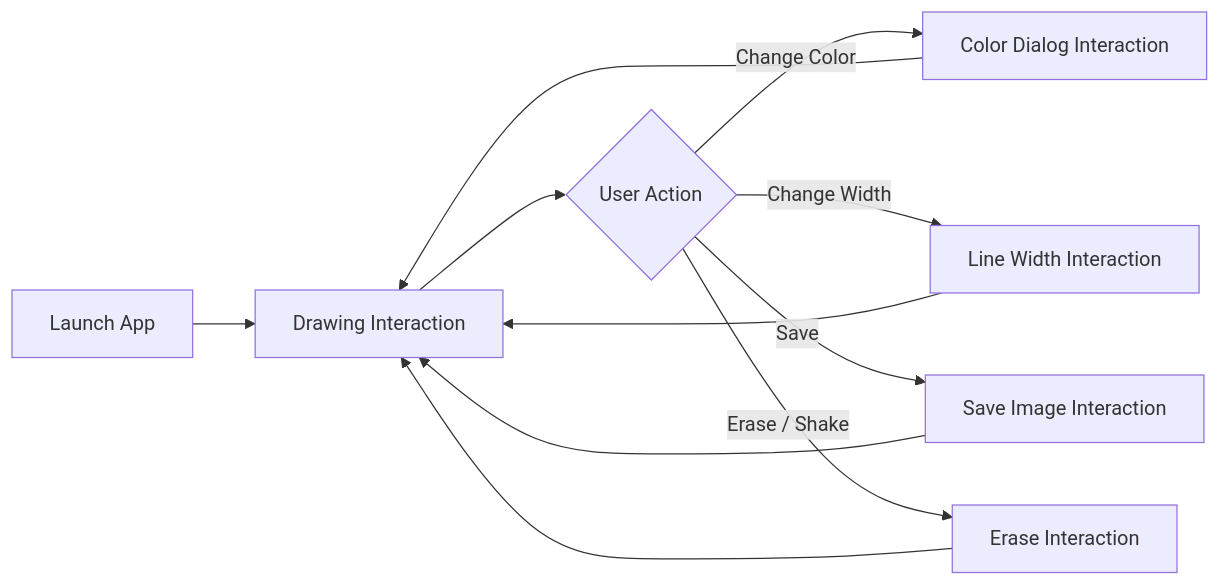
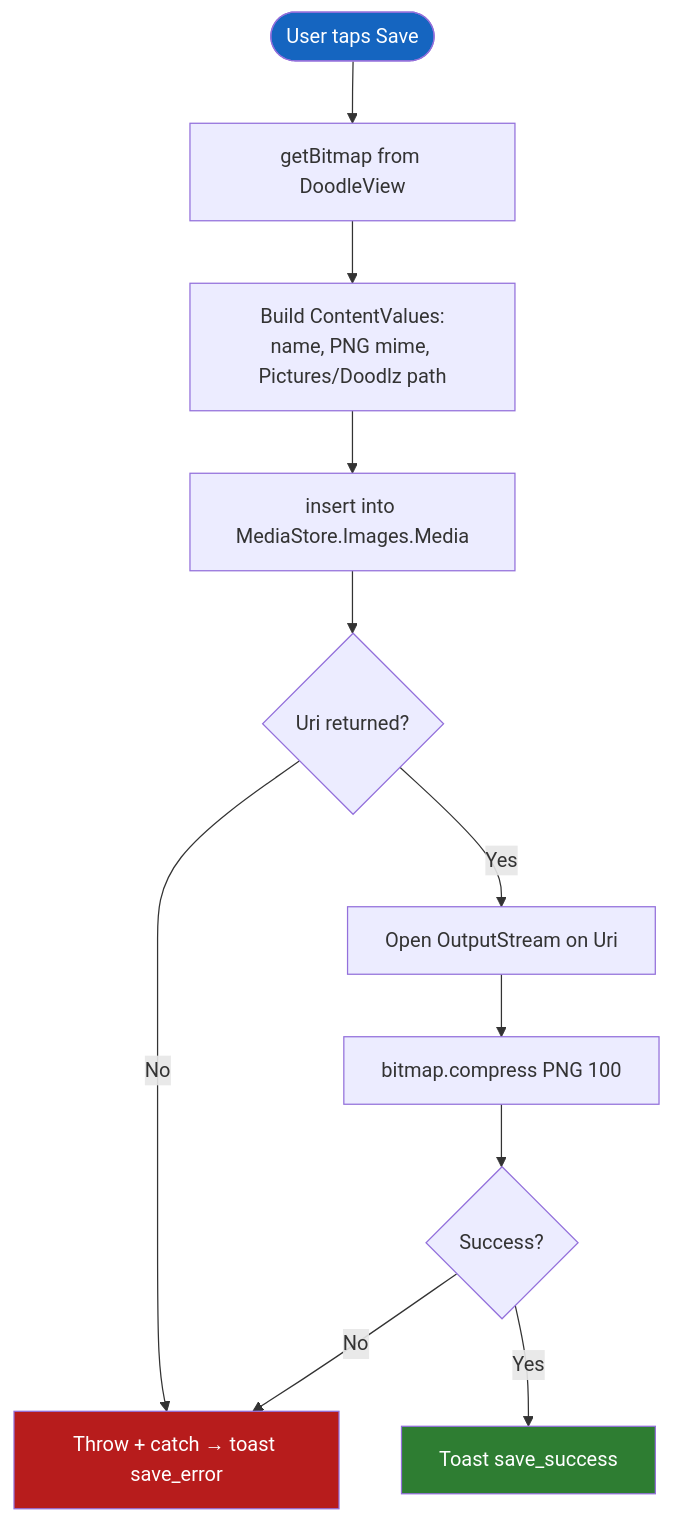
One commit to VictorHJesusSantiago/Doodlz changed the fifth of 7 diagrams in README.md. Above: the diagram before and after it, drawn with Mermaid. The commit also changed other lines of this file and 2 other files, not shown here.

````diff
--- a/README.md
+++ b/README.md
@@ -690,13 +660,17 @@
 ```mermaid
-graph LR
-    A[Launch App] --> B[Drawing Interaction]
-    B --> C{User Action}
-    C -->|Change Color| D[Color Dialog Interaction]
-    C -->|Change Width| E[Line Width Interaction]
-    C -->|Save| F[Save Image Interaction]
-    C -->|Erase / Shake| G[Erase Interaction]
-    D --> B
-    E --> B
-    F --> B
-    G --> B
+flowchart TD
+    A([User taps Save]) --> B[getBitmap from DoodleView]
+    B --> C[Build ContentValues:<br/>name, PNG mime, Pictures/Doodlz path]
+    C --> D[insert into MediaStore.Images.Media]
+    D --> E{Uri returned?}
+    E -- No --> F[Throw + catch → toast save_error]
+    E -- Yes --> G[Open OutputStream on Uri]
+    G --> H[bitmap.compress PNG 100]
+    H --> I{Success?}
+    I -- No --> F
+    I -- Yes --> J[Toast save_success]
+
+    style A fill:#1565C0,color:#fff
+    style J fill:#2E7D32,color:#fff
+    style F fill:#B71C1C,color:#fff
 ```
````
